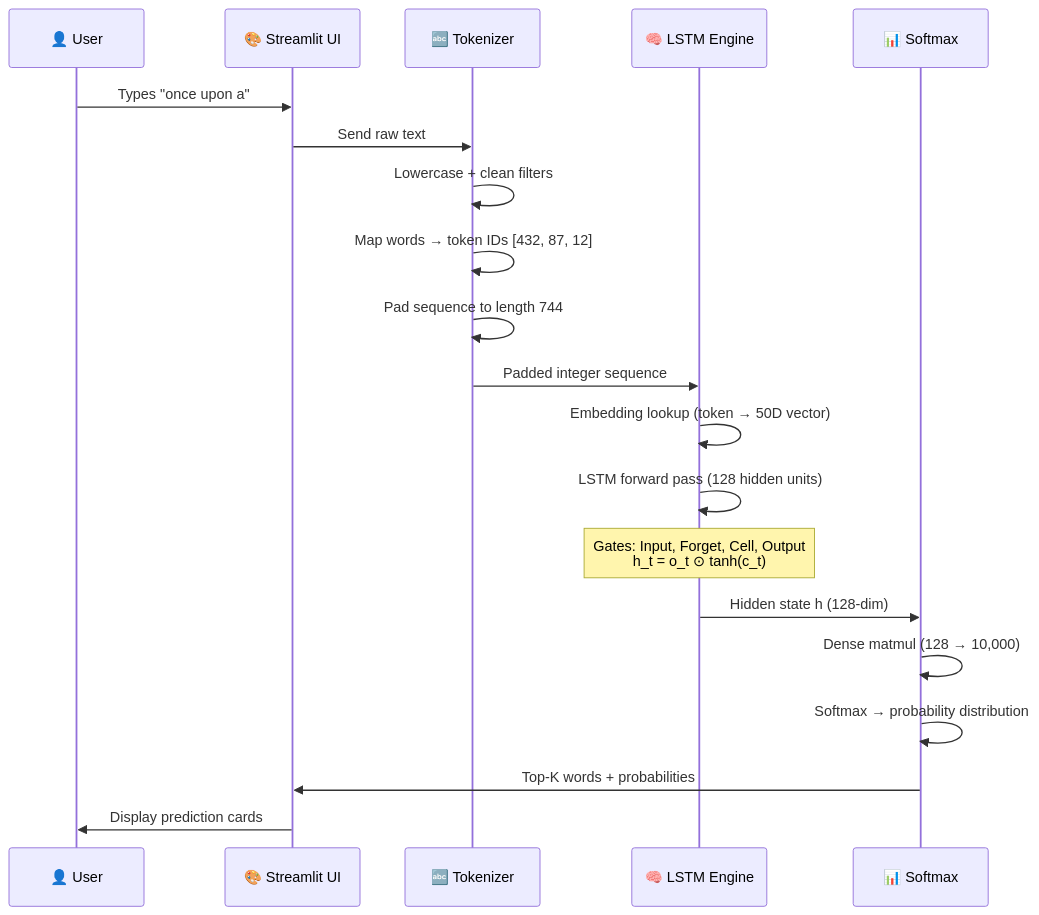
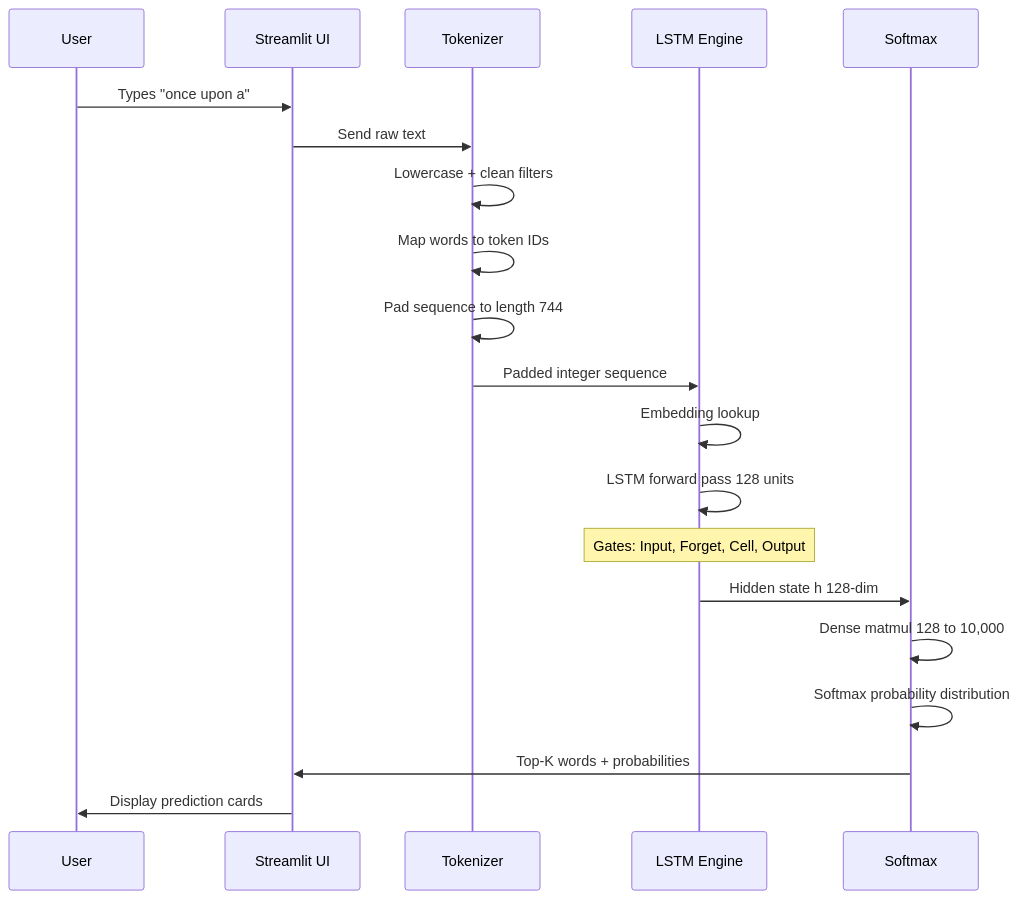
The second of 5 diagrams in README.md (parthsoni10/Next-Word-Prediction), drawn with Mermaid before and after one commit. The commit also changed other lines of this file, not shown here.

Commit message:
fix: clean README rendering - remove CDATA tags, fix Mermaid syntax for GitHub

````diff
--- a/README.md
+++ b/README.md
@@ -79,23 +79,23 @@
 ```mermaid
 sequenceDiagram
-    participant U as 👤 User
-    participant UI as 🎨 Streamlit UI
-    participant T as 🔤 Tokenizer
-    participant L as 🧠 LSTM Engine
-    participant S as 📊 Softmax
+    participant U as User
+    participant UI as Streamlit UI
+    participant T as Tokenizer
+    participant L as LSTM Engine
+    participant S as Softmax
 
     U->>UI: Types "once upon a"
     UI->>T: Send raw text
     T->>T: Lowercase + clean filters
-    T->>T: Map words → token IDs [432, 87, 12]
+    T->>T: Map words to token IDs
     T->>T: Pad sequence to length 744
     T->>L: Padded integer sequence
-    L->>L: Embedding lookup (token → 50D vector)
-    L->>L: LSTM forward pass (128 hidden units)
-    Note over L: Gates: Input, Forget, Cell, Output<br/>h_t = o_t ⊙ tanh(c_t)
-    L->>S: Hidden state h (128-dim)
-    S->>S: Dense matmul (128 → 10,000)
-    S->>S: Softmax → probability distribution
+    L->>L: Embedding lookup
+    L->>L: LSTM forward pass 128 units
+    Note over L: Gates: Input, Forget, Cell, Output
+    L->>S: Hidden state h 128-dim
+    S->>S: Dense matmul 128 to 10,000
+    S->>S: Softmax probability distribution
     S->>UI: Top-K words + probabilities
     UI->>U: Display prediction cards
 ```
````
